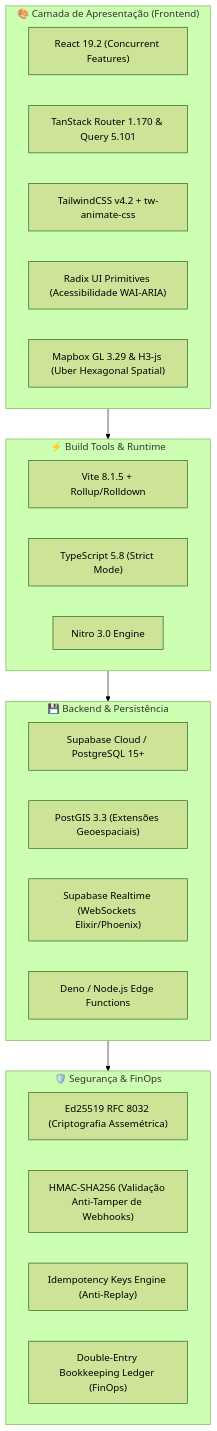
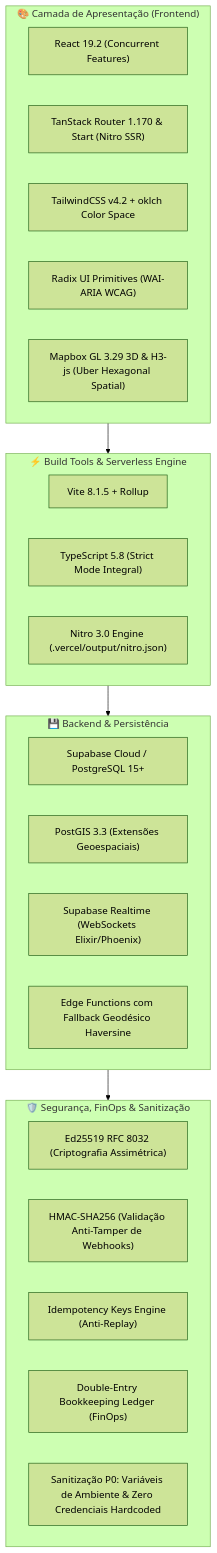
One commit to RG-Thec/Partiu changed the first of 2 diagrams in documentacao/02_STACK_TECNOLOGICA_E_INFRAESTRUTURA.md. Above: the diagram before and after it, drawn with Mermaid (forest theme). The commit also changed other lines of this file and 18 other files, not shown here.

````diff
--- a/documentacao/02_STACK_TECNOLOGICA_E_INFRAESTRUTURA.md
+++ b/documentacao/02_STACK_TECNOLOGICA_E_INFRAESTRUTURA.md
@@ -9,34 +9,35 @@
 ```mermaid
 graph TB
     subgraph Frontend ["🎨 Camada de Apresentação (Frontend)"]
         React["React 19.2 (Concurrent Features)"]
-        TanStack["TanStack Router 1.170 & Query 5.101"]
-        Tailwind["TailwindCSS v4.2 + tw-animate-css"]
-        RadixUI["Radix UI Primitives (Acessibilidade WAI-ARIA)"]
-        Mapbox["Mapbox GL 3.29 & H3-js (Uber Hexagonal Spatial)"]
+        TanStack["TanStack Router 1.170 & Start (Nitro SSR)"]
+        Tailwind["TailwindCSS v4.2 + oklch Color Space"]
+        RadixUI["Radix UI Primitives (WAI-ARIA WCAG)"]
+        Mapbox["Mapbox GL 3.29 3D & H3-js (Uber Hexagonal Spatial)"]
     end
 
-    subgraph BuildAndRuntime ["⚡ Build Tools & Runtime"]
-        Vite["Vite 8.1.5 + Rollup/Rolldown"]
-        TypeScript["TypeScript 5.8 (Strict Mode)"]
-        Nitro["Nitro 3.0 Engine"]
+    subgraph BuildAndRuntime ["⚡ Build Tools & Serverless Engine"]
+        Vite["Vite 8.1.5 + Rollup"]
+        TypeScript["TypeScript 5.8 (Strict Mode Integral)"]
+        Nitro["Nitro 3.0 Engine (.vercel/output/nitro.json)"]
     end
 
     subgraph BackendAndDB ["💾 Backend & Persistência"]
         Supabase["Supabase Cloud / PostgreSQL 15+"]
         PostGIS["PostGIS 3.3 (Extensões Geoespaciais)"]
         SupabaseRealtime["Supabase Realtime (WebSockets Elixir/Phoenix)"]
-        EdgeFunctions["Deno / Node.js Edge Functions"]
+        EdgeFunctions["Edge Functions com Fallback Geodésico Haversine"]
     end
 
-    subgraph SecurityLayer ["🛡️ Segurança & FinOps"]
-        Ed25519["Ed25519 RFC 8032 (Criptografia Assemétrica)"]
+    subgraph SecurityLayer ["🛡️ Segurança, FinOps & Sanitização"]
+        Ed25519["Ed25519 RFC 8032 (Criptografia Assimétrica)"]
         HMAC["HMAC-SHA256 (Validação Anti-Tamper de Webhooks)"]
         Idempotency["Idempotency Keys Engine (Anti-Replay)"]
         Ledger["Double-Entry Bookkeeping Ledger (FinOps)"]
+        Sanitization["Sanitização P0: Variáveis de Ambiente & Zero Credenciais Hardcoded"]
     end
 
     Frontend --> BuildAndRuntime
     BuildAndRuntime --> BackendAndDB
     BackendAndDB --> SecurityLayer
 ```
````
